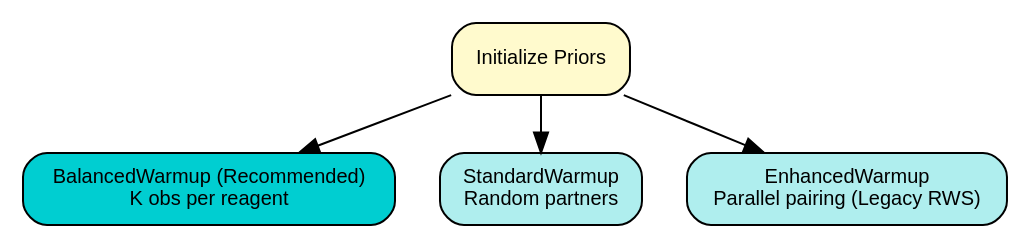
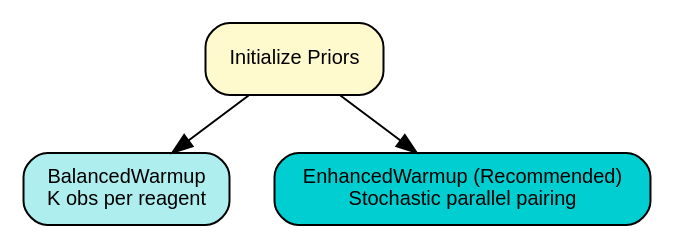
The third of 4 diagrams in docs/source/thompson_sampling.rst (aakankschit/TACTICS), drawn with Graphviz before and after one commit. The commit also changed other lines of this file and 11 other files, not shown here.

```diff
--- a/docs/source/thompson_sampling.rst
+++ b/docs/source/thompson_sampling.rst
@@ -952,18 +925,16 @@
 .. graphviz::
 
     digraph WarmupStrategies {
         rankdir=TB;
         node [shape=box, style="rounded,filled", fontname="Helvetica", fontsize=10];
         nodesep=0.3;
         ranksep=0.4;
 
         Init [label="Initialize Priors", fillcolor="#FFFACD"];
 
-        Balanced [label="BalancedWarmup (Recommended)\nK obs per reagent", fillcolor="#00CED1"];
-        Standard [label="StandardWarmup\nRandom partners", fillcolor="#AFEEEE"];
-        Enhanced [label="EnhancedWarmup\nParallel pairing (Legacy RWS)", fillcolor="#AFEEEE"];
+        Balanced [label="BalancedWarmup\nK obs per reagent", fillcolor="#AFEEEE"];
+        Enhanced [label="EnhancedWarmup (Recommended)\nStochastic parallel pairing", fillcolor="#00CED1"];
 
         Init -> Balanced;
-        Init -> Standard;
         Init -> Enhanced;
     }
```
